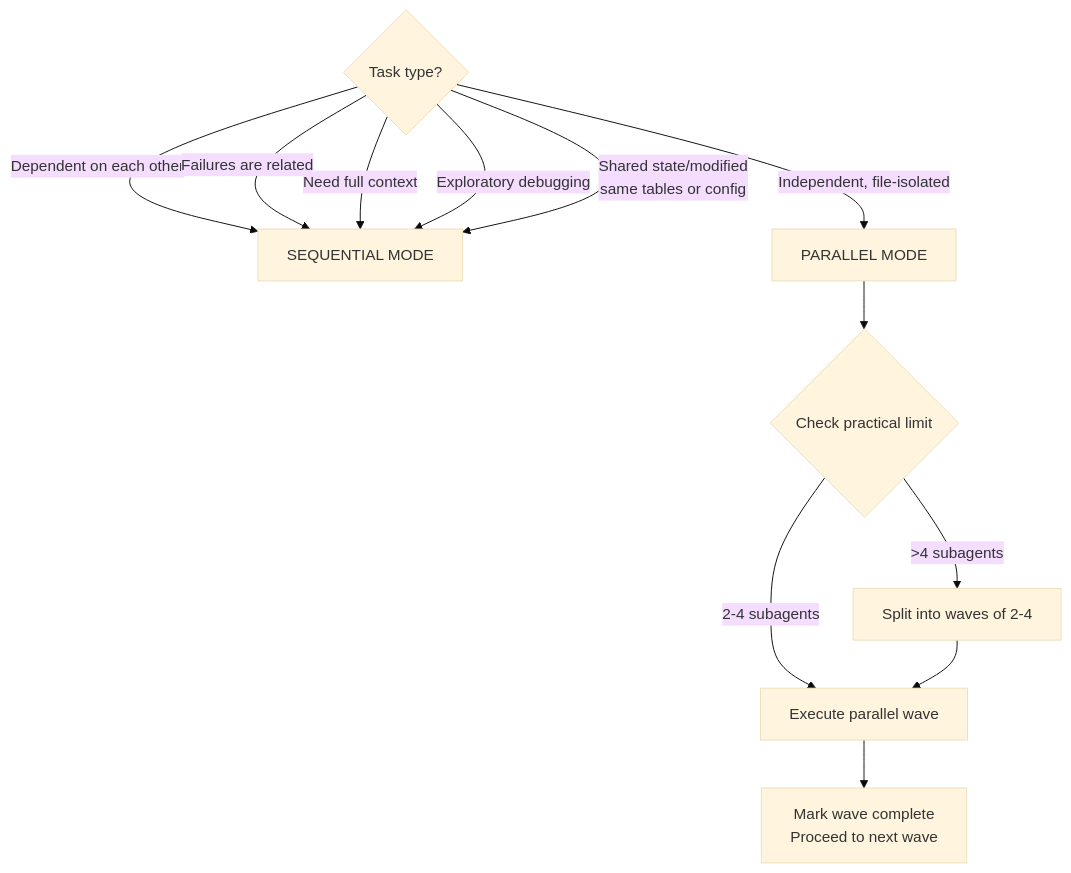
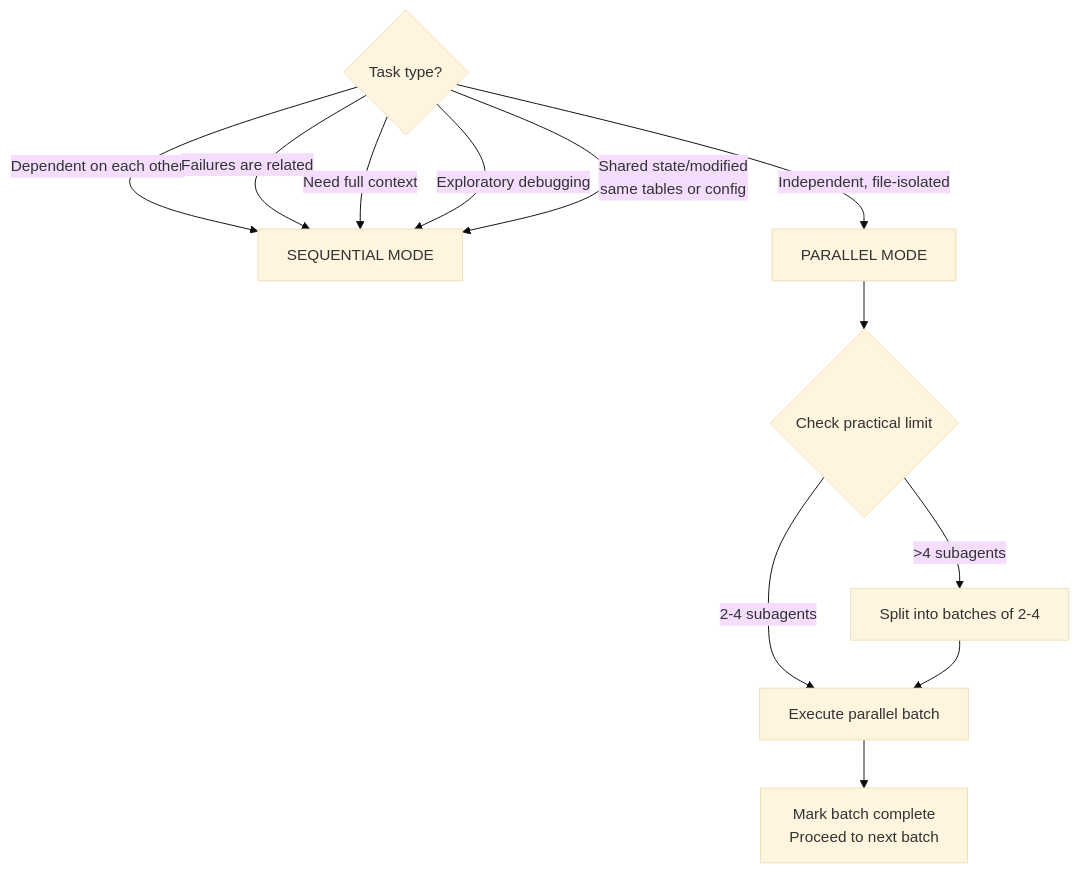
The tenth of 12 diagrams in super-planning/README.md (gugacarbo/agents-skills), drawn with Mermaid (base theme) before and after one commit. The commit also changed other lines of this file and 22 other files, not shown here.

````diff
--- a/super-planning/README.md
+++ b/super-planning/README.md
@@ -234,15 +237,15 @@
 ```mermaid
 flowchart TD
     START{Task type?} -->|Dependent on each other| SEQ[SEQUENTIAL MODE]
     START -->|Independent, file-isolated| PAR[PARALLEL MODE]
     START -->|Failures are related| SEQ
     START -->|Need full context| SEQ
     START -->|Exploratory debugging| SEQ
     START -->|Shared state/modified<br/>same tables or config| SEQ
 
     PAR --> LIMIT{Check practical limit}
-    LIMIT -->|2-4 subagents| GOOD[Execute parallel wave]
-    LIMIT -->|>4 subagents| SPLIT[Split into waves of 2-4]
+    LIMIT -->|2-4 subagents| GOOD[Execute parallel batch]
+    LIMIT -->|>4 subagents| SPLIT[Split into batches of 2-4]
     SPLIT --> GOOD
-    GOOD --> COMPLETE[Mark wave complete<br/>Proceed to next wave]
+    GOOD --> COMPLETE[Mark batch complete<br/>Proceed to next batch]
 ```
````
